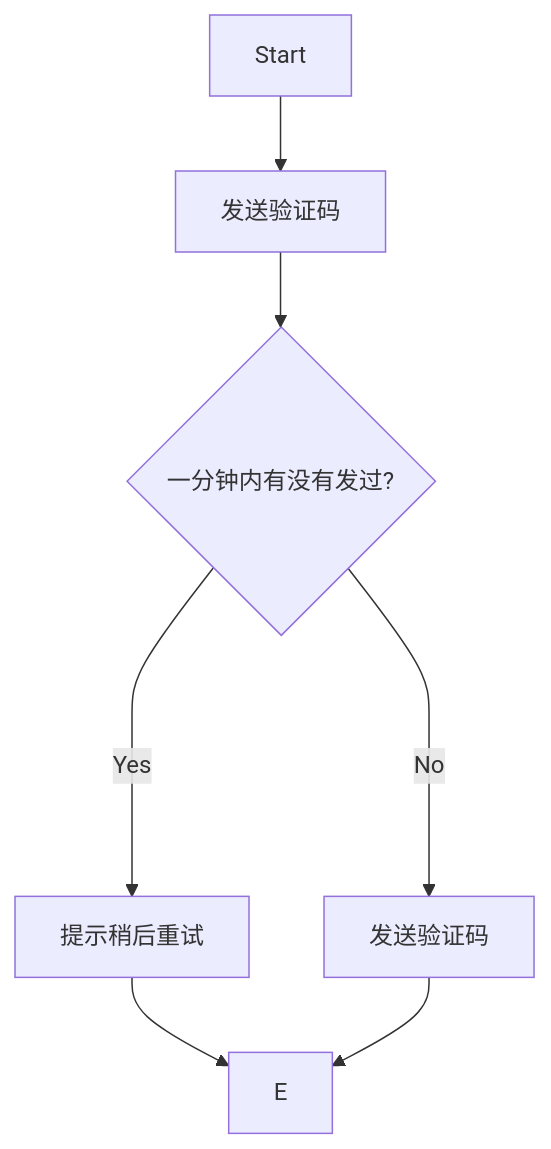
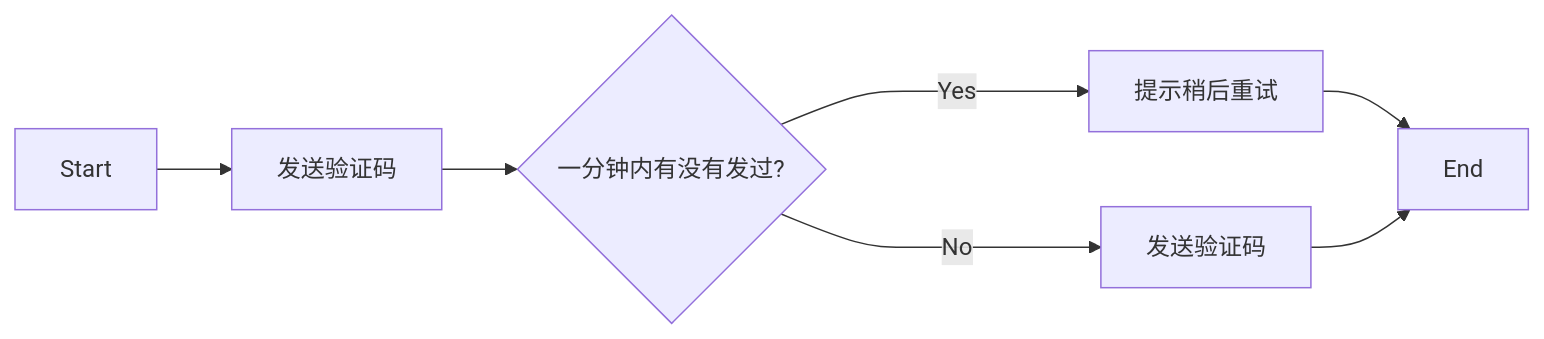
One commit to rui-cs/webook changed the fifth of 11 diagrams in README.md. Above: the diagram before and after it, drawn with Mermaid. The commit also changed other lines of this file, not shown here.

````diff
--- a/README.md
+++ b/README.md
@@ -703,9 +700,9 @@
 ```mermaid
-flowchart TD
+flowchart LR
     A[Start] --> F[发送验证码]
     F --> B{一分钟内有没有发过?}
     B -->|Yes| C[提示稍后重试]
-    C --> E
+    C --> E[End]
     B ---->|No| D[发送验证码]
     D--> E
 ```
````
